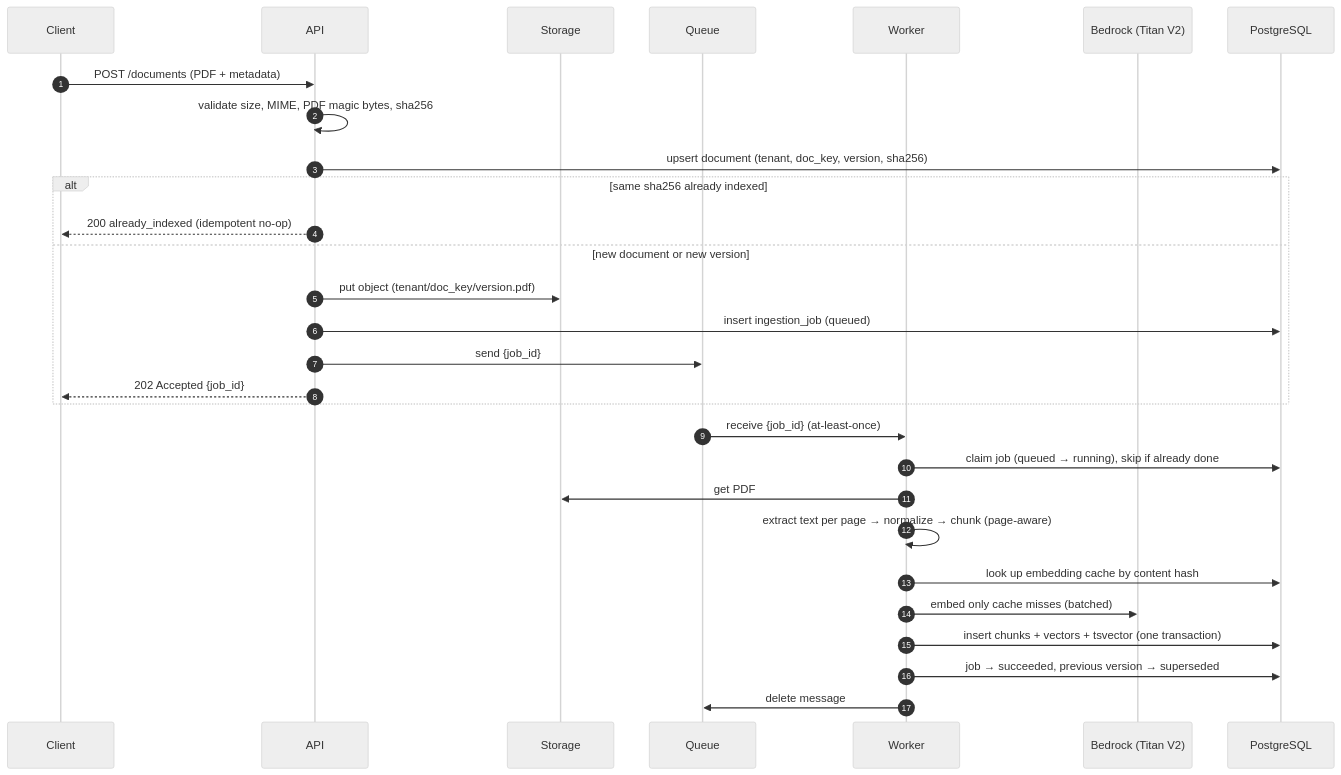
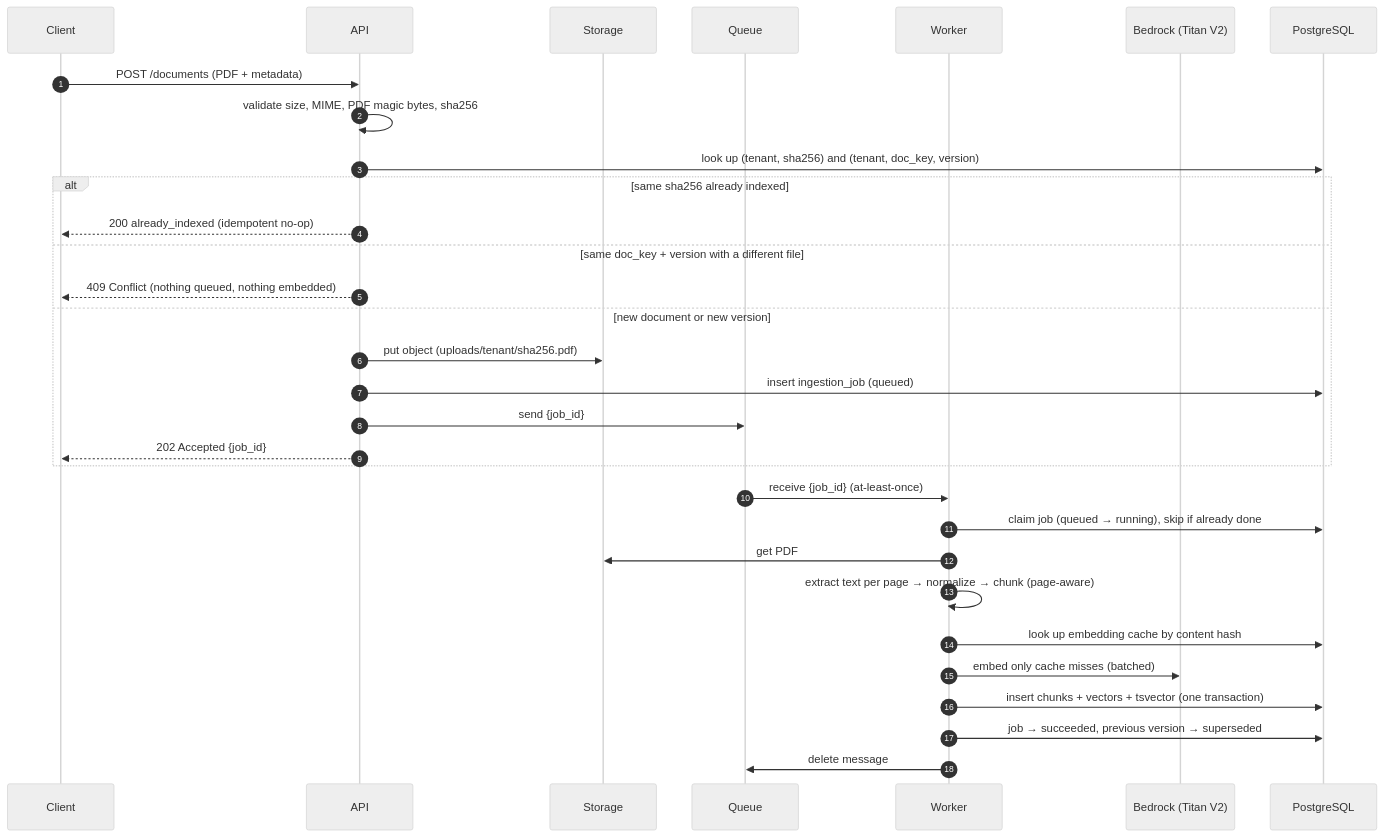
Before and after one commit to tomasghilino/secure-ai-agent: the second of 5 diagrams in docs/architecture/ARCHITECTURE.md, drawn with Mermaid (neutral theme).

Commit message:
docs: document async ingestion in the architecture

````diff
--- a/docs/architecture/ARCHITECTURE.md
+++ b/docs/architecture/ARCHITECTURE.md
@@ -59,32 +59,34 @@
 ```mermaid
 sequenceDiagram
     autonumber
     participant C as Client
     participant A as API
     participant S as Storage
     participant Q as Queue
     participant W as Worker
     participant B as Bedrock (Titan V2)
     participant P as PostgreSQL
 
     C->>A: POST /documents (PDF + metadata)
     A->>A: validate size, MIME, PDF magic bytes, sha256
-    A->>P: upsert document (tenant, doc_key, version, sha256)
+    A->>P: look up (tenant, sha256) and (tenant, doc_key, version)
     alt same sha256 already indexed
         A-->>C: 200 already_indexed (idempotent no-op)
+    else same doc_key + version with a different file
+        A-->>C: 409 Conflict (nothing queued, nothing embedded)
     else new document or new version
-        A->>S: put object (tenant/doc_key/version.pdf)
+        A->>S: put object (uploads/tenant/sha256.pdf)
         A->>P: insert ingestion_job (queued)
         A->>Q: send {job_id}
         A-->>C: 202 Accepted {job_id}
     end
     Q->>W: receive {job_id} (at-least-once)
     W->>P: claim job (queued → running), skip if already done
     W->>S: get PDF
     W->>W: extract text per page → normalize → chunk (page-aware)
     W->>P: look up embedding cache by content hash
     W->>B: embed only cache misses (batched)
     W->>P: insert chunks + vectors + tsvector (one transaction)
     W->>P: job → succeeded, previous version → superseded
     W->>Q: delete message
 ```
````
